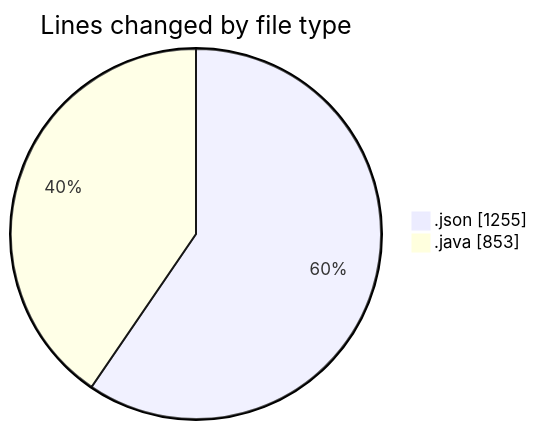
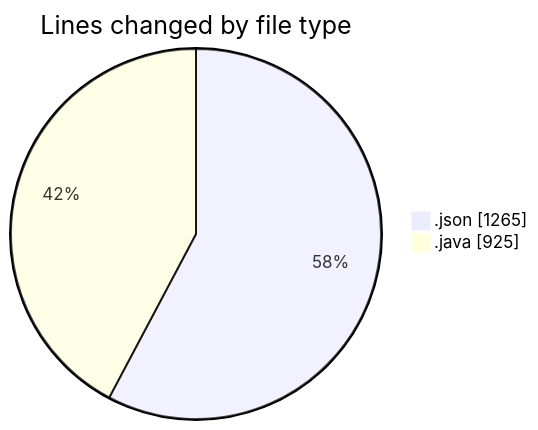
Before and after one commit to ricardozamudiocil/code-tracking: the first of 2 diagrams in 2026-07-14/cilapp/README.md, drawn with Mermaid. The commit also changed other lines of this file and 1 other file, not shown here.

````diff
--- a/2026-07-14/cilapp/README.md
+++ b/2026-07-14/cilapp/README.md
@@ -21,6 +22,6 @@
 ```mermaid
 pie showData
 title Lines changed by file type
-".json" : 1255
-".java" : 853
+".json" : 1265
+".java" : 925
 ```
````
